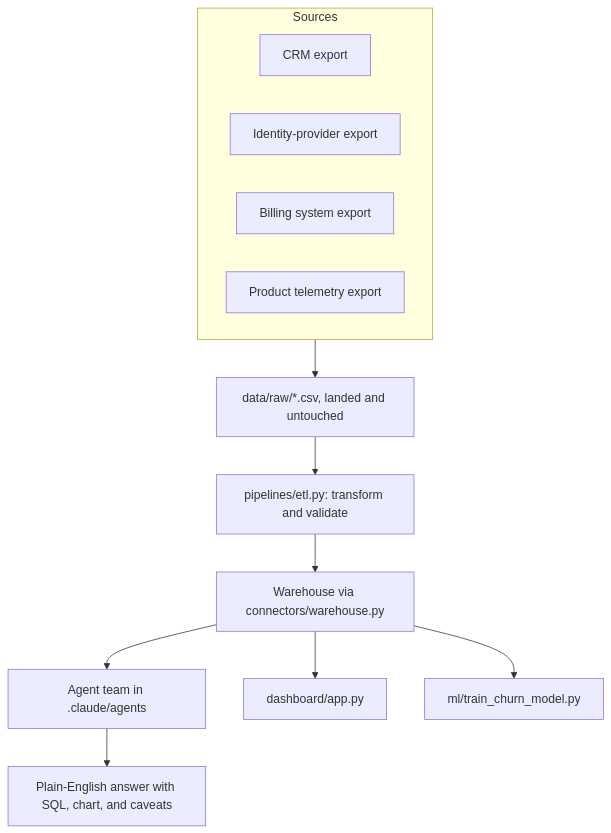
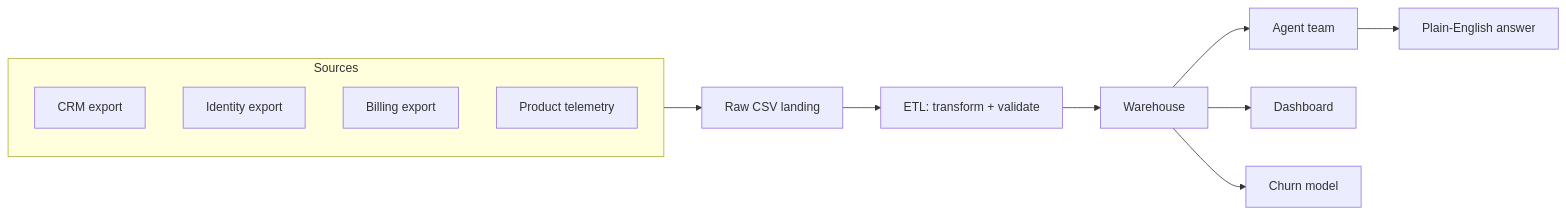
Before and after one commit to rithikahaha/AI-Data-Analyst-Claude-Code: the diagram in docs/ARCHITECTURE.md, drawn with Mermaid. The commit also changed other lines of this file and 2 other files, not shown here.

Commit message:
Fix mermaid diagrams clipping in GitHub's fixed-height viewer
GitHub renders mermaid diagrams inside a fixed-height pan/zoom box, so a
tall vertical flowchart with many stacked nodes gets clipped below the
fold. Switched both diagrams to a short, single-row layout with a table/
prose carrying the detail instead of long in-node labels, so the whole
flow is visible without panning. Also drops the last Google cert
namedrop from the interview cheat sheet.

````diff
--- a/docs/ARCHITECTURE.md
+++ b/docs/ARCHITECTURE.md
@@ -9,16 +9,16 @@
 ```mermaid
-flowchart TD
+flowchart LR
     subgraph Sources
         CRM[CRM export]
-        Identity[Identity-provider export]
-        Billing[Billing system export]
-        Product[Product telemetry export]
+        Identity[Identity export]
+        Billing[Billing export]
+        Product[Product telemetry]
     end
-    Sources --> Raw["data/raw/*.csv, landed and untouched"]
-    Raw --> ETL[pipelines/etl.py: transform and validate]
-    ETL --> WH[Warehouse via connectors/warehouse.py]
-    WH --> Agents[Agent team in .claude/agents]
-    WH --> Dashboard[dashboard/app.py]
-    WH --> Model[ml/train_churn_model.py]
-    Agents --> Answer["Plain-English answer with SQL, chart, and caveats"]
+    Sources --> Raw[Raw CSV landing]
+    Raw --> ETL[ETL: transform + validate]
+    ETL --> WH[Warehouse]
+    WH --> Agents[Agent team]
+    WH --> Dashboard[Dashboard]
+    WH --> Model[Churn model]
+    Agents --> Answer[Plain-English answer]
 ```
````
